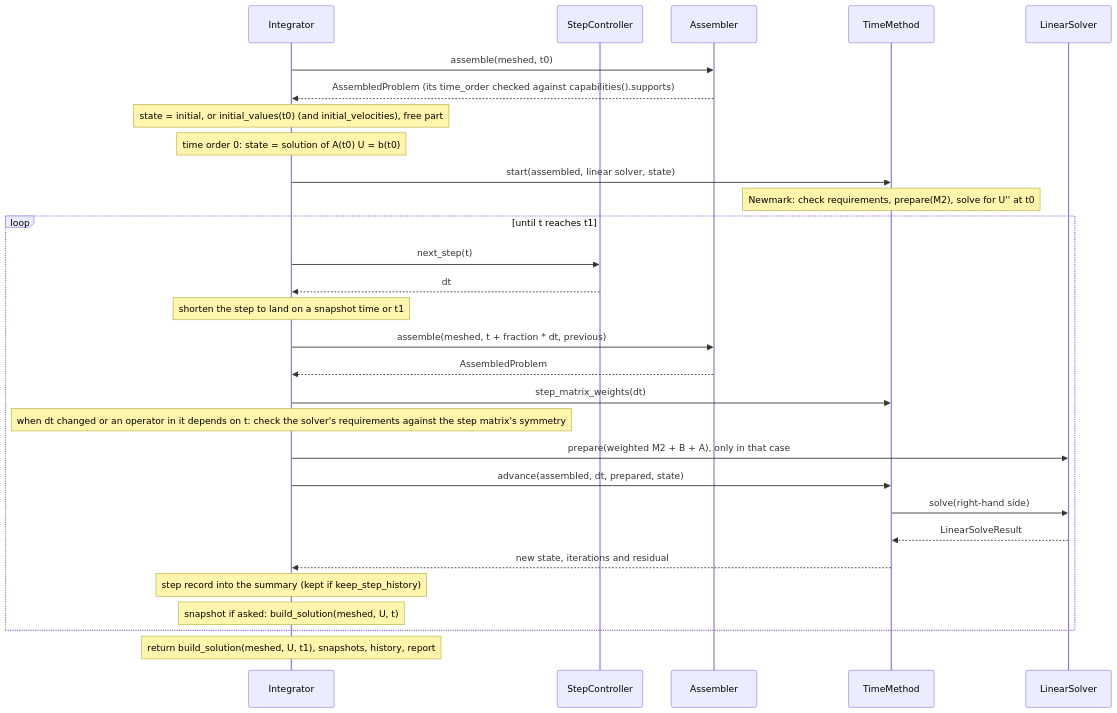
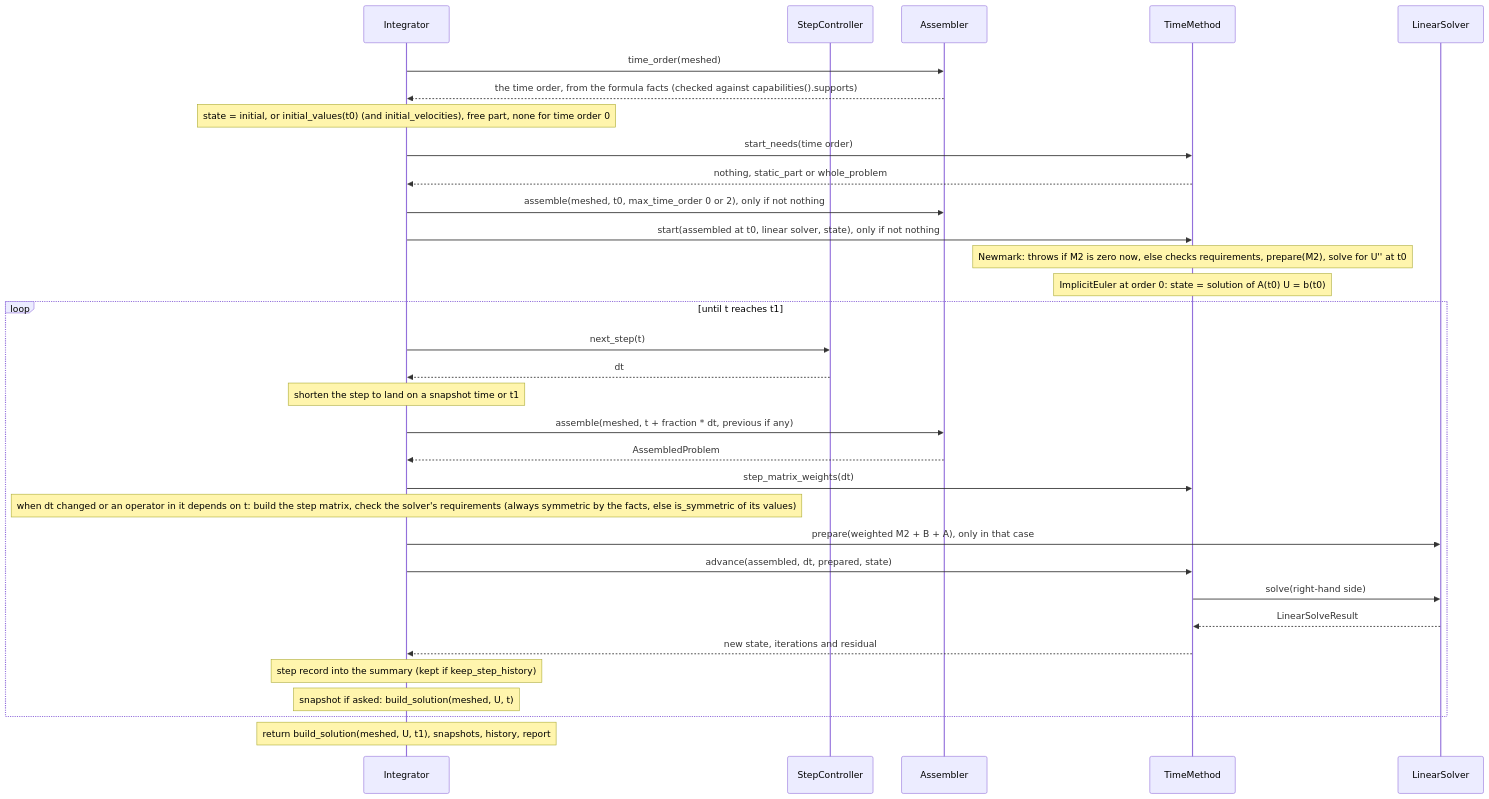
One commit to dmglushko/2d-pde changed the tenth of 11 diagrams in docs/architecture.md. Above: the diagram before and after it, drawn with Mermaid. The commit also changed other lines of this file and 1 other file, not shown here.

Commit message:
Document the two kinds of matrix facts, Assembler::time_order and StartNeeds

````diff
--- a/docs/architecture.md
+++ b/docs/architecture.md
@@ -411,31 +422,34 @@
 ```mermaid
 sequenceDiagram
     participant I as Integrator
     participant C as StepController
     participant A as Assembler
     participant M as TimeMethod
     participant L as LinearSolver
-    I->>A: assemble(meshed, t0)
-    A-->>I: AssembledProblem (its time_order checked against capabilities().supports)
-    Note over I: state = initial, or initial_values(t0) (and initial_velocities), free part
-    Note over I: time order 0: state = solution of A(t0) U = b(t0)
-    I->>M: start(assembled, linear solver, state)
-    Note over M: Newmark: check requirements, prepare(M2), solve for U'' at t0
+    I->>A: time_order(meshed)
+    A-->>I: the time order, from the formula facts (checked against capabilities().supports)
+    Note over I: state = initial, or initial_values(t0) (and initial_velocities), free part, none for time order 0
+    I->>M: start_needs(time order)
+    M-->>I: nothing, static_part or whole_problem
+    I->>A: assemble(meshed, t0, max_time_order 0 or 2), only if not nothing
+    I->>M: start(assembled at t0, linear solver, state), only if not nothing
+    Note over M: Newmark: throws if M2 is zero now, else checks requirements, prepare(M2), solve for U'' at t0
+    Note over M: ImplicitEuler at order 0: state = solution of A(t0) U = b(t0)
     loop until t reaches t1
         I->>C: next_step(t)
         C-->>I: dt
         Note over I: shorten the step to land on a snapshot time or t1
-        I->>A: assemble(meshed, t + fraction * dt, previous)
+        I->>A: assemble(meshed, t + fraction * dt, previous if any)
         A-->>I: AssembledProblem
         I->>M: step_matrix_weights(dt)
-        Note over I: when dt changed or an operator in it depends on t: check the solver's requirements against the step matrix's symmetry
+        Note over I: when dt changed or an operator in it depends on t: build the step matrix, check the solver's requirements (always symmetric by the facts, else is_symmetric of its values)
         I->>L: prepare(weighted M2 + B + A), only in that case
         I->>M: advance(assembled, dt, prepared, state)
         M->>L: solve(right-hand side)
         L-->>M: LinearSolveResult
         M-->>I: new state, iterations and residual
         Note over I: step record into the summary (kept if keep_step_history)
         Note over I: snapshot if asked: build_solution(meshed, U, t)
     end
     Note over I: return build_solution(meshed, U, t1), snapshots, history, report
 ```
````
